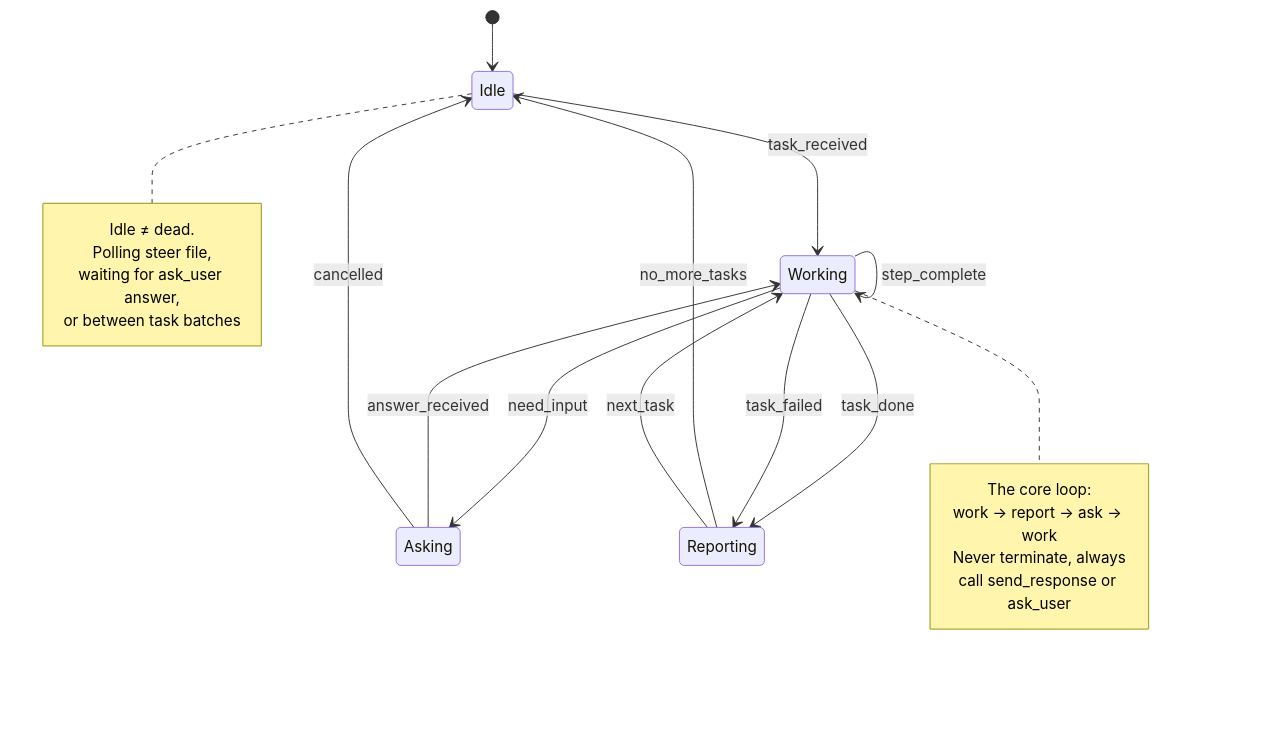
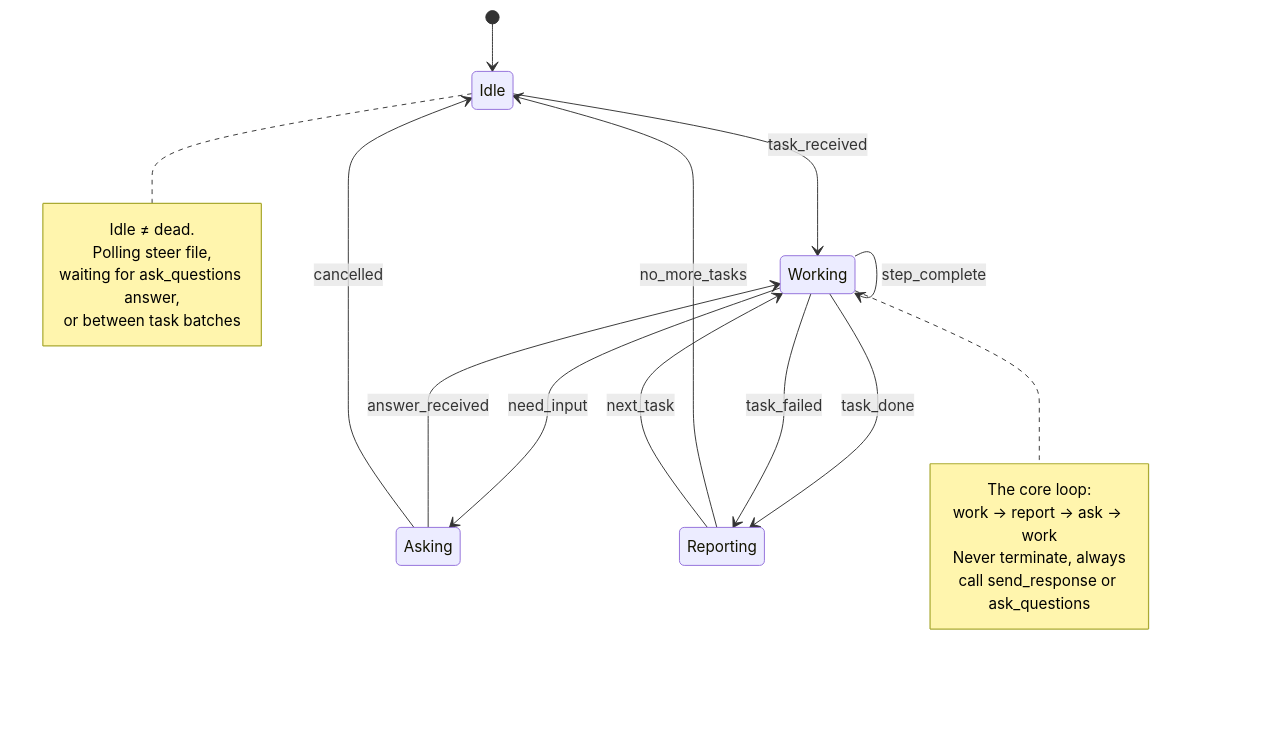
Before and after one commit to lalalic/neox: the diagram in docs/coding-agent-project-delivery-design-v2.md, drawn with Mermaid. The commit also changed other lines of this file and 8 other files, not shown here.

First line of the commit message:
Migrate tests/docs from ask_user to ask_questions

````diff
--- a/docs/coding-agent-project-delivery-design-v2.md
+++ b/docs/coding-agent-project-delivery-design-v2.md
@@ -118,30 +118,30 @@
 ```mermaid
 stateDiagram-v2
     [*] --> Idle
 
     Idle --> Working: task_received
     Working --> Working: step_complete
     Working --> Asking: need_input
     Working --> Reporting: task_done
     Working --> Reporting: task_failed
 
     Asking --> Working: answer_received
     Asking --> Idle: cancelled
 
     Reporting --> Idle: no_more_tasks
     Reporting --> Working: next_task
 
     note right of Working
         The core loop:
         work → report → ask → work
         Never terminate, always
-        call send_response or ask_user
+        call send_response or ask_questions
     end note
 
     note right of Idle
         Idle ≠ dead.
         Polling steer file,
-        waiting for ask_user answer,
+        waiting for ask_questions answer,
         or between task batches
     end note
 ```
````
